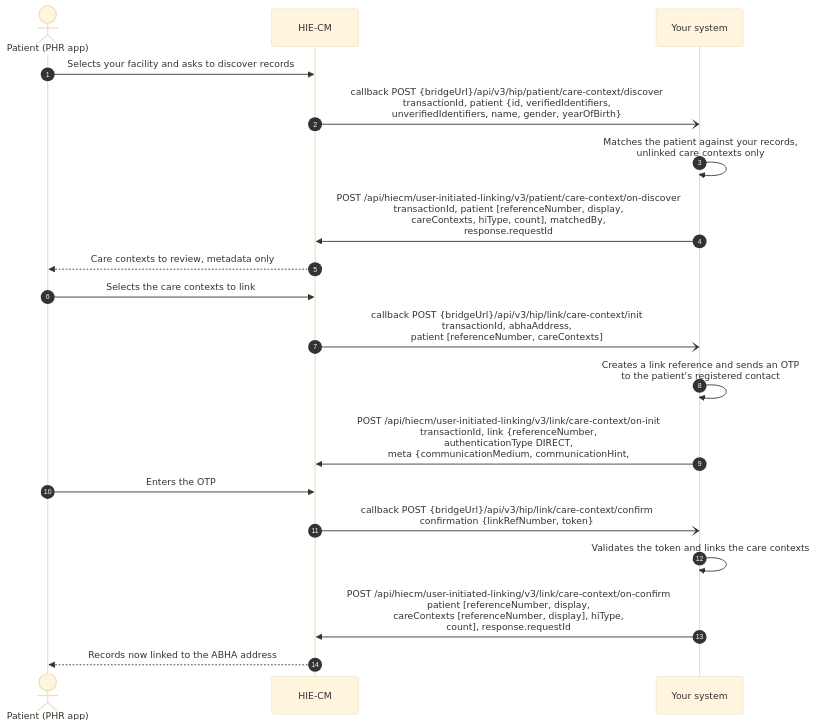
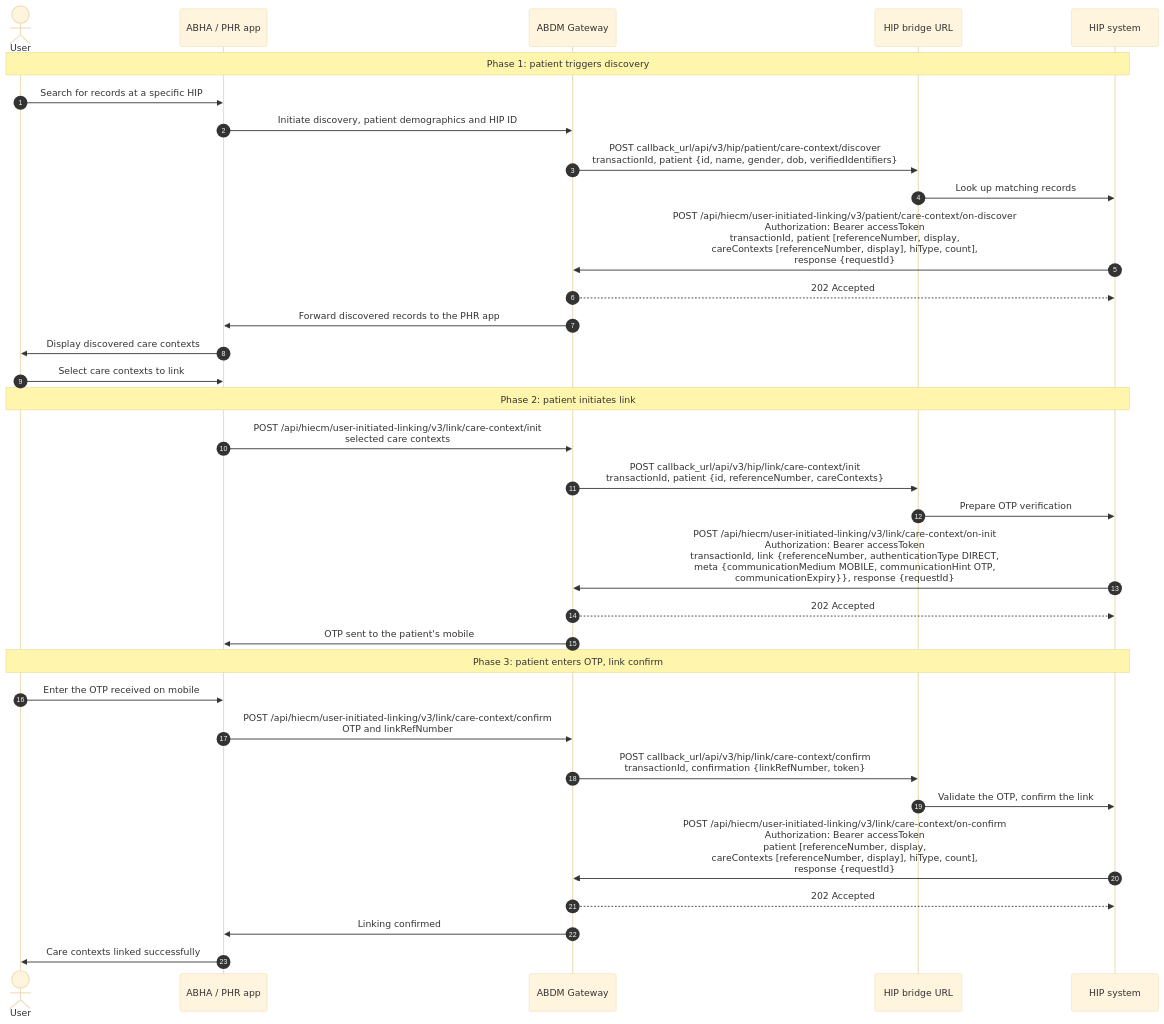
Before and after one commit to nha-in/docs: the second of 3 diagrams in site/docs/hiecm/v3/milestones/m2.mdx, drawn with Mermaid (base theme). The commit also changed other lines of this file, not shown here.

````diff
--- a/site/docs/hiecm/v3/milestones/m2.mdx
+++ b/site/docs/hiecm/v3/milestones/m2.mdx
@@ -290,21 +197,35 @@
 ```mermaid
 sequenceDiagram
     autonumber
-    actor P as Patient (PHR app)
-    participant CM as HIE-CM
-    participant S as Your system
-    P->>CM: Selects your facility and asks to discover records
-    CM-)S: callback POST {bridgeUrl}/api/v3/hip/patient/care-context/discover<br/>transactionId, patient {id, verifiedIdentifiers,<br/>unverifiedIdentifiers, name, gender, yearOfBirth}
-    S->>S: Matches the patient against your records,<br/>unlinked care contexts only
-    S->>CM: POST /api/hiecm/user-initiated-linking/v3/patient/care-context/on-discover<br/>transactionId, patient [referenceNumber, display,<br/>careContexts, hiType, count], matchedBy,<br/>response.requestId
-    CM-->>P: Care contexts to review, metadata only
-    P->>CM: Selects the care contexts to link
-    CM-)S: callback POST {bridgeUrl}/api/v3/hip/link/care-context/init<br/>transactionId, abhaAddress,<br/>patient [referenceNumber, careContexts]
-    S->>S: Creates a link reference and sends an OTP<br/>to the patient's registered contact
-    S->>CM: POST /api/hiecm/user-initiated-linking/v3/link/care-context/on-init<br/>transactionId, link {referenceNumber,<br/>authenticationType DIRECT,<br/>meta {communicationMedium, communicationHint,
-    P->>CM: Enters the OTP
-    CM-)S: callback POST {bridgeUrl}/api/v3/hip/link/care-context/confirm<br/>confirmation {linkRefNumber, token}
-    S->>S: Validates the token and links the care contexts
-    S->>CM: POST /api/hiecm/user-initiated-linking/v3/link/care-context/on-confirm<br/>patient [referenceNumber, display,<br/>careContexts [referenceNumber, display], hiType,<br/>count], response.requestId
-    CM-->>P: Records now linked to the ABHA address
+    actor U as User
+    participant P as ABHA / PHR app
+    participant G as ABDM Gateway
+    participant B as HIP bridge URL
+    participant S as HIP system
+    Note over U,S: Phase 1: patient triggers discovery
+    U->>P: Search for records at a specific HIP
+    P->>G: Initiate discovery, patient demographics and HIP ID
+    G->>B: POST callback_url/api/v3/hip/patient/care-context/discover<br/>transactionId, patient {id, name, gender, dob, verifiedIdentifiers}
+    B->>S: Look up matching records
+    S->>G: POST /api/hiecm/user-initiated-linking/v3/patient/care-context/on-discover<br/>Authorization: Bearer accessToken<br/>transactionId, patient [referenceNumber, display,<br/>careContexts [referenceNumber, display], hiType, count],<br/>response {requestId}
+    G-->>S: 202 Accepted
+    G->>P: Forward discovered records to the PHR app
+    P->>U: Display discovered care contexts
+    U->>P: Select care contexts to link
+    Note over U,S: Phase 2: patient initiates link
+    P->>G: POST /api/hiecm/user-initiated-linking/v3/link/care-context/init<br/>selected care contexts
+    G->>B: POST callback_url/api/v3/hip/link/care-context/init<br/>transactionId, patient {id, referenceNumber, careContexts}
+    B->>S: Prepare OTP verification
+    S->>G: POST /api/hiecm/user-initiated-linking/v3/link/care-context/on-init<br/>Authorization: Bearer accessToken<br/>transactionId, link {referenceNumber, authenticationType DIRECT,<br/>meta {communicationMedium MOBILE, communicationHint OTP,<br/>communicationExpiry}}, response {requestId}
+    G-->>S: 202 Accepted
+    G->>P: OTP sent to the patient's mobile
+    Note over U,S: Phase 3: patient enters OTP, link confirm
+    U->>P: Enter the OTP received on mobile
+    P->>G: POST /api/hiecm/user-initiated-linking/v3/link/care-context/confirm<br/>OTP and linkRefNumber
+    G->>B: POST callback_url/api/v3/hip/link/care-context/confirm<br/>transactionId, confirmation {linkRefNumber, token}
+    B->>S: Validate the OTP, confirm the link
+    S->>G: POST /api/hiecm/user-initiated-linking/v3/link/care-context/on-confirm<br/>Authorization: Bearer accessToken<br/>patient [referenceNumber, display,<br/>careContexts [referenceNumber, display], hiType, count],<br/>response {requestId}
+    G-->>S: 202 Accepted
+    G->>P: Linking confirmed
+    P->>U: Care contexts linked successfully
 ```
````
